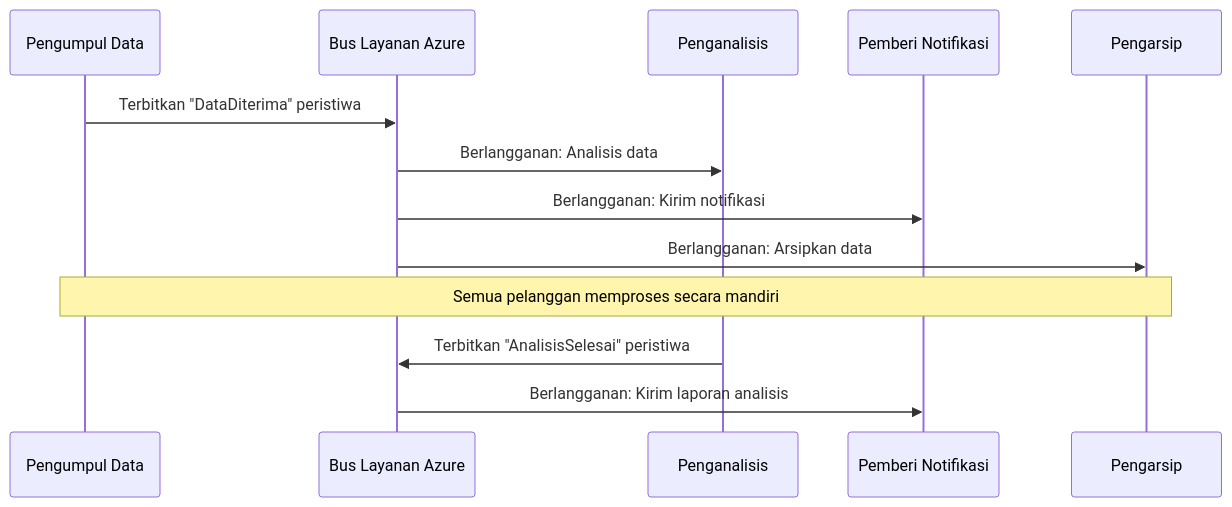
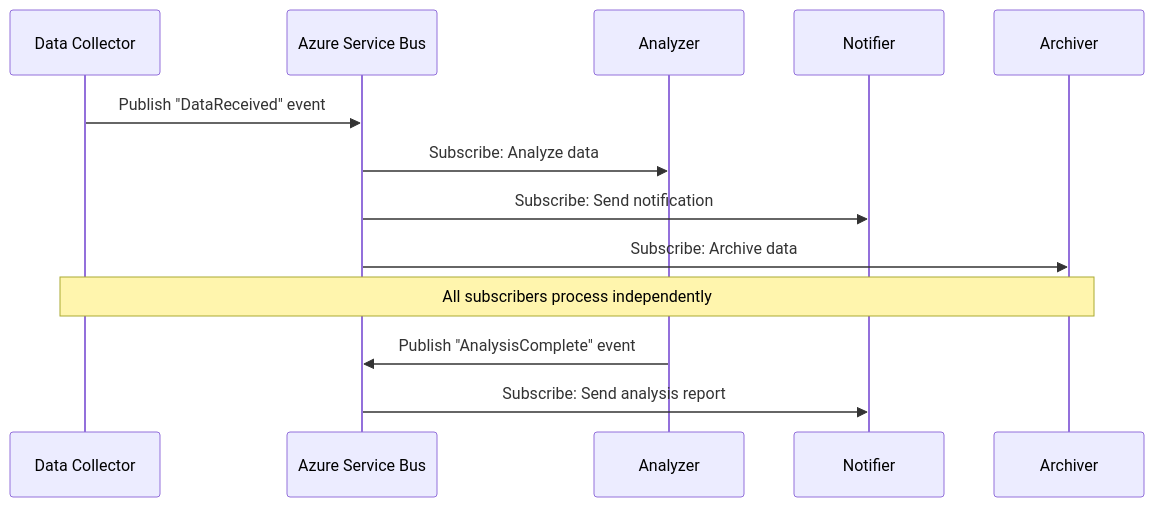
One commit to microsoft/AZD-for-beginners changed the fifth of 7 diagrams in translations/id/docs/chapter-06-pre-deployment/coordination-patterns.md. Above: the diagram before and after it, drawn with Mermaid. The commit also changed other lines of this file and 167 other files, not shown here.

````diff
--- a/translations/id/docs/chapter-06-pre-deployment/coordination-patterns.md
+++ b/translations/id/docs/chapter-06-pre-deployment/coordination-patterns.md
@@ -185,18 +189,18 @@
 ```mermaid
 sequenceDiagram
-    participant Agent1 as Pengumpul Data
-    participant EventBus as Bus Layanan Azure
-    participant Agent2 as Penganalisis
-    participant Agent3 as Pemberi Notifikasi
-    participant Agent4 as Pengarsip
+    participant Agent1 as Data Collector
+    participant EventBus as Azure Service Bus
+    participant Agent2 as Analyzer
+    participant Agent3 as Notifier
+    participant Agent4 as Archiver
     
-    Agent1->>EventBus: Terbitkan "DataDiterima" peristiwa
-    EventBus->>Agent2: Berlangganan: Analisis data
-    EventBus->>Agent3: Berlangganan: Kirim notifikasi
-    EventBus->>Agent4: Berlangganan: Arsipkan data
+    Agent1->>EventBus: Publish "DataReceived" event
+    EventBus->>Agent2: Subscribe: Analyze data
+    EventBus->>Agent3: Subscribe: Send notification
+    EventBus->>Agent4: Subscribe: Archive data
     
-    Note over Agent1,Agent4: Semua pelanggan memproses secara mandiri
+    Note over Agent1,Agent4: All subscribers process independently
     
-    Agent2->>EventBus: Terbitkan "AnalisisSelesai" peristiwa
-    EventBus->>Agent3: Berlangganan: Kirim laporan analisis
+    Agent2->>EventBus: Publish "AnalysisComplete" event
+    EventBus->>Agent3: Subscribe: Send analysis report
 ```
````
